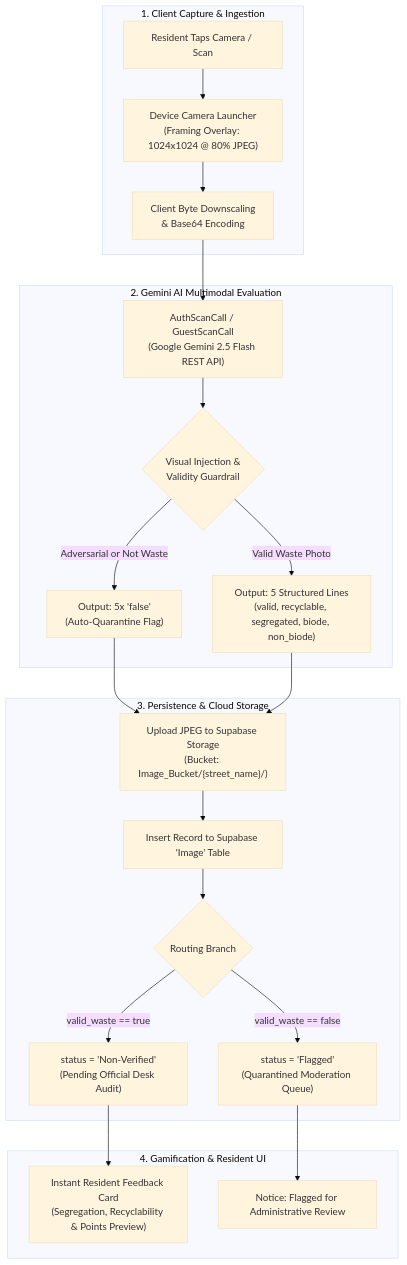
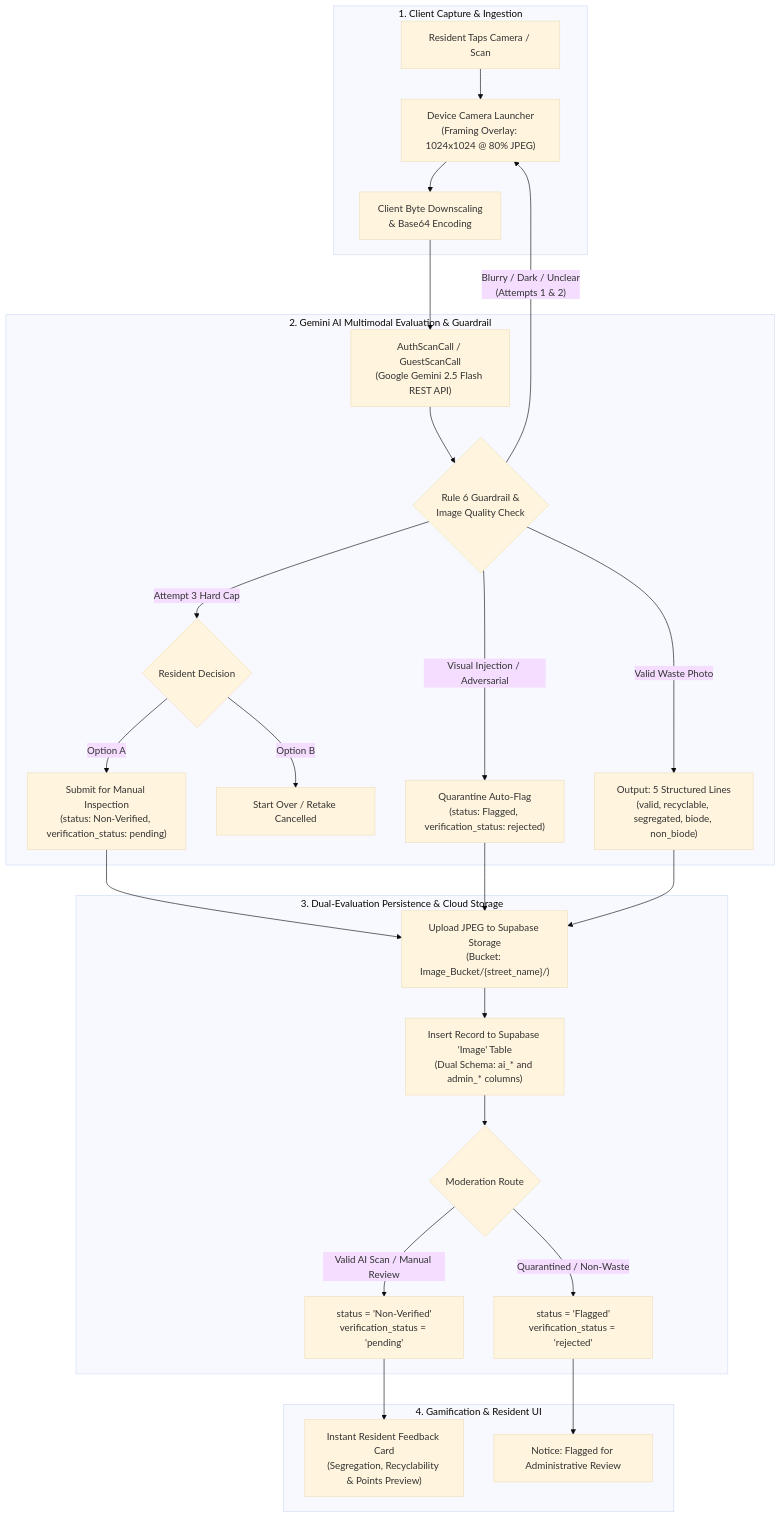
The diagram in docs/EBASURA_IMAGE_SCANNING_PROCESS.md (Oeubx/EBasura), drawn with Mermaid (base theme) before and after one commit. The commit also changed other lines of this file and 10 other files, not shown here.

First line of the commit message:
feat(records): integrated dual-evaluation schema, retake guardrail, and empirical research exporter [EBASURA-M4-F2]

````diff
--- a/docs/EBASURA_IMAGE_SCANNING_PROCESS.md
+++ b/docs/EBASURA_IMAGE_SCANNING_PROCESS.md
@@ -21,27 +21,31 @@
 ```mermaid
 flowchart TD
     subgraph ClientAcquisition["1. Client Capture & Ingestion"]
         A["Resident Taps Camera / Scan"] --> B["Device Camera Launcher\n(Framing Overlay: 1024x1024 @ 80% JPEG)"]
         B --> C["Client Byte Downscaling\n& Base64 Encoding"]
     end
 
-    subgraph VisionInference["2. Gemini AI Multimodal Evaluation"]
+    subgraph VisionInference["2. Gemini AI Multimodal Evaluation & Guardrail"]
         C --> D["AuthScanCall / GuestScanCall\n(Google Gemini 2.5 Flash REST API)"]
-        D --> E{"Visual Injection &\nValidity Guardrail"}
-        E -- "Adversarial or Not Waste" --> F["Output: 5x 'false'\n(Auto-Quarantine Flag)"]
+        D --> E{"Rule 6 Guardrail &\nImage Quality Check"}
+        E -- "Blurry / Dark / Unclear\n(Attempts 1 & 2)" --> B
+        E -- "Attempt 3 Hard Cap" --> F_Fallback{"Resident Decision"}
+        F_Fallback -- "Option A" --> F_Manual["Submit for Manual Inspection\n(status: Non-Verified, verification_status: pending)"]
+        F_Fallback -- "Option B" --> F_Cancel["Start Over / Retake Cancelled"]
+        E -- "Visual Injection / Adversarial" --> F_Inj["Quarantine Auto-Flag\n(status: Flagged, verification_status: rejected)"]
         E -- "Valid Waste Photo" --> G["Output: 5 Structured Lines\n(valid, recyclable, segregated, biode, non_biode)"]
     end
 
-    subgraph PersistencePipeline["3. Persistence & Cloud Storage"]
-        F & G --> H["Upload JPEG to Supabase Storage\n(Bucket: Image_Bucket/{street_name}/)"]
-        H --> I["Insert Record to Supabase 'Image' Table"]
-        I --> J{"Routing Branch"}
-        J -- "valid_waste == true" --> K["status = 'Non-Verified'\n(Pending Official Desk Audit)"]
-        J -- "valid_waste == false" --> L["status = 'Flagged'\n(Quarantined Moderation Queue)"]
+    subgraph PersistencePipeline["3. Dual-Evaluation Persistence & Cloud Storage"]
+        F_Manual & F_Inj & G --> H["Upload JPEG to Supabase Storage\n(Bucket: Image_Bucket/{street_name}/)"]
+        H --> I["Insert Record to Supabase 'Image' Table\n(Dual Schema: ai_* and admin_* columns)"]
+        I --> J{"Moderation Route"}
+        J -- "Valid AI Scan / Manual Review" --> K["status = 'Non-Verified'\nverification_status = 'pending'"]
+        J -- "Quarantined / Non-Waste" --> L["status = 'Flagged'\nverification_status = 'rejected'"]
     end
 
     subgraph UserFeedback["4. Gamification & Resident UI"]
         K --> M["Instant Resident Feedback Card\n(Segregation, Recyclability & Points Preview)"]
         L --> N["Notice: Flagged for Administrative Review"]
     end
 ```
````
